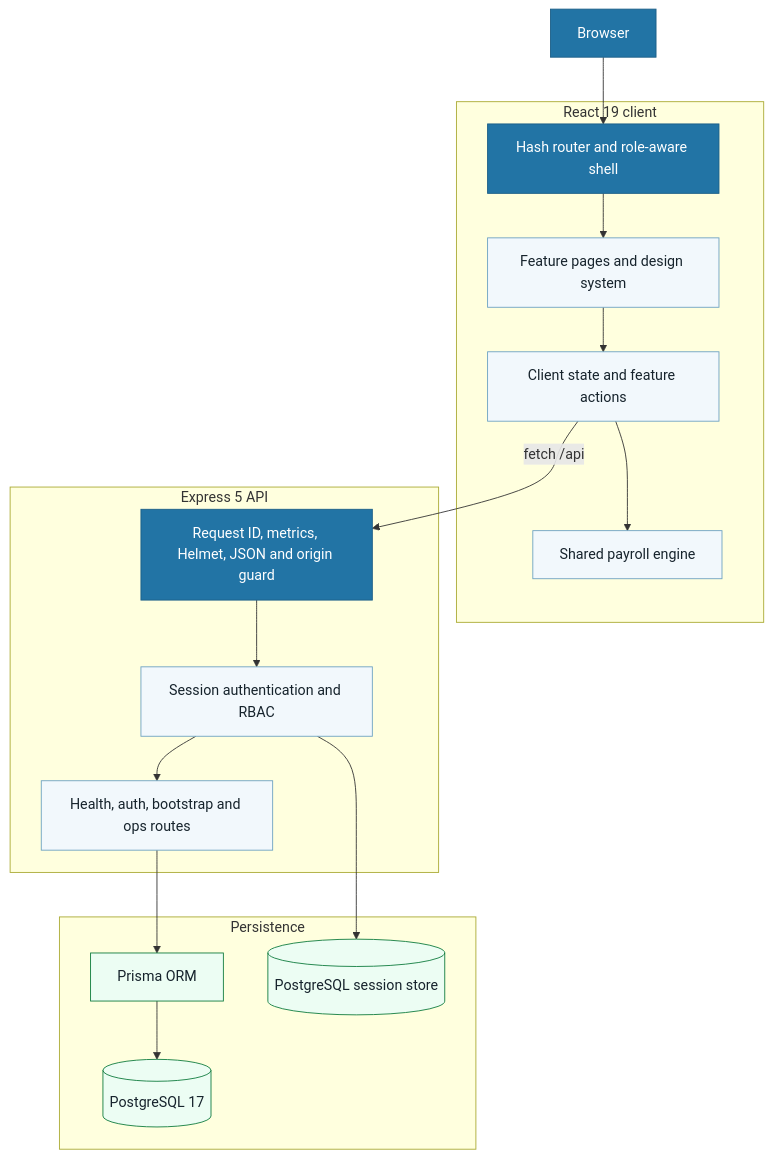
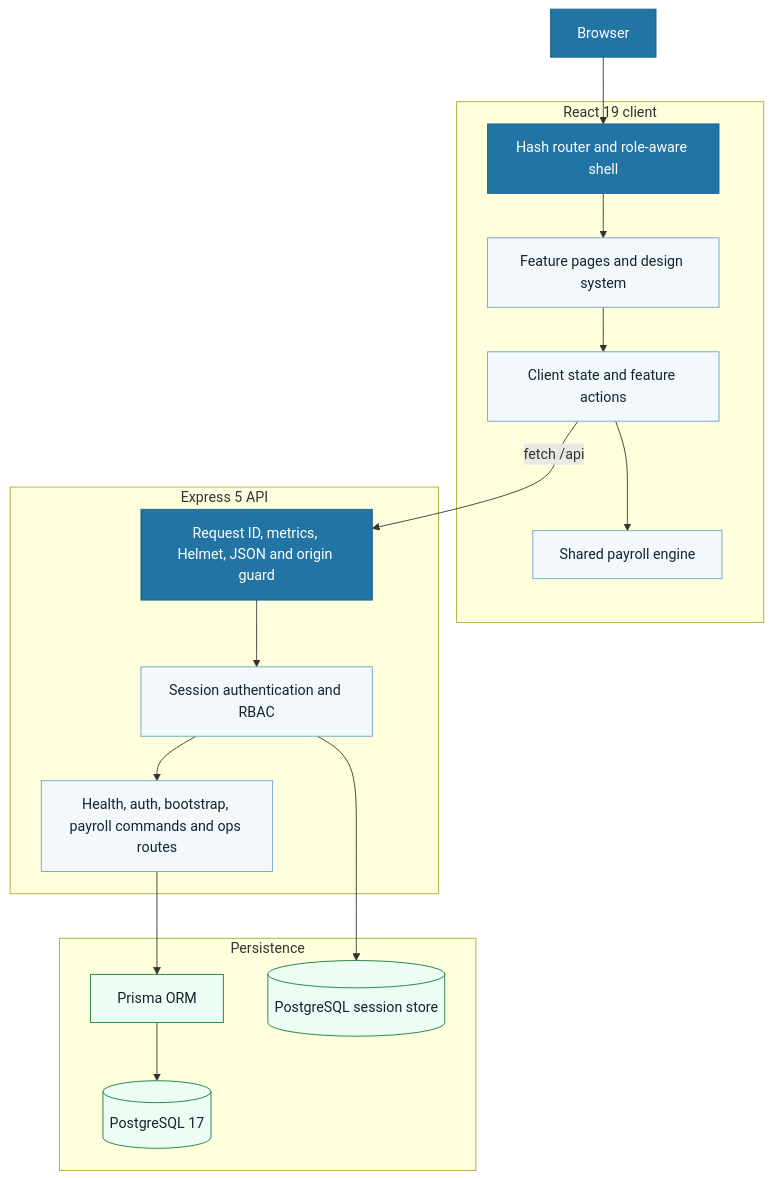
Before and after one commit to MAITRI137/Hackathon_2026_804: the second of 3 diagrams in README.md, drawn with Mermaid. The commit also changed other lines of this file and 7 other files, not shown here.

Commit message:
feat(ops): add payroll preflight experience

````diff
--- a/README.md
+++ b/README.md
@@ -143,40 +145,40 @@
 ```mermaid
 flowchart TB
   U[Browser]
 
   subgraph Client[React 19 client]
     R[Hash router and role-aware shell]
     S[Client state and feature actions]
     PE[Shared payroll engine]
     UI[Feature pages and design system]
     R --> UI
     UI --> S
     S --> PE
   end
 
   subgraph API[Express 5 API]
     MW[Request ID, metrics, Helmet, JSON and origin guard]
     AU[Session authentication and RBAC]
-    RT[Health, auth, bootstrap and ops routes]
+    RT[Health, auth, bootstrap, payroll commands and ops routes]
     MW --> AU --> RT
   end
 
   subgraph Data[Persistence]
     PS[Prisma ORM]
     DB[(PostgreSQL 17)]
     SS[(PostgreSQL session store)]
     PS --> DB
   end
 
   U --> R
   S -->|fetch /api| MW
   RT --> PS
   AU --> SS
 
   classDef primary fill:#2274a5,stroke:#1b5e87,color:#fff
   classDef soft fill:#f2f8fc,stroke:#6da2c2,color:#16232c
   classDef data fill:#ecfdf3,stroke:#0f7b3d,color:#16232c
   class U,R,MW primary
   class S,PE,UI,AU,RT soft
   class PS,DB,SS data
 ```
````
